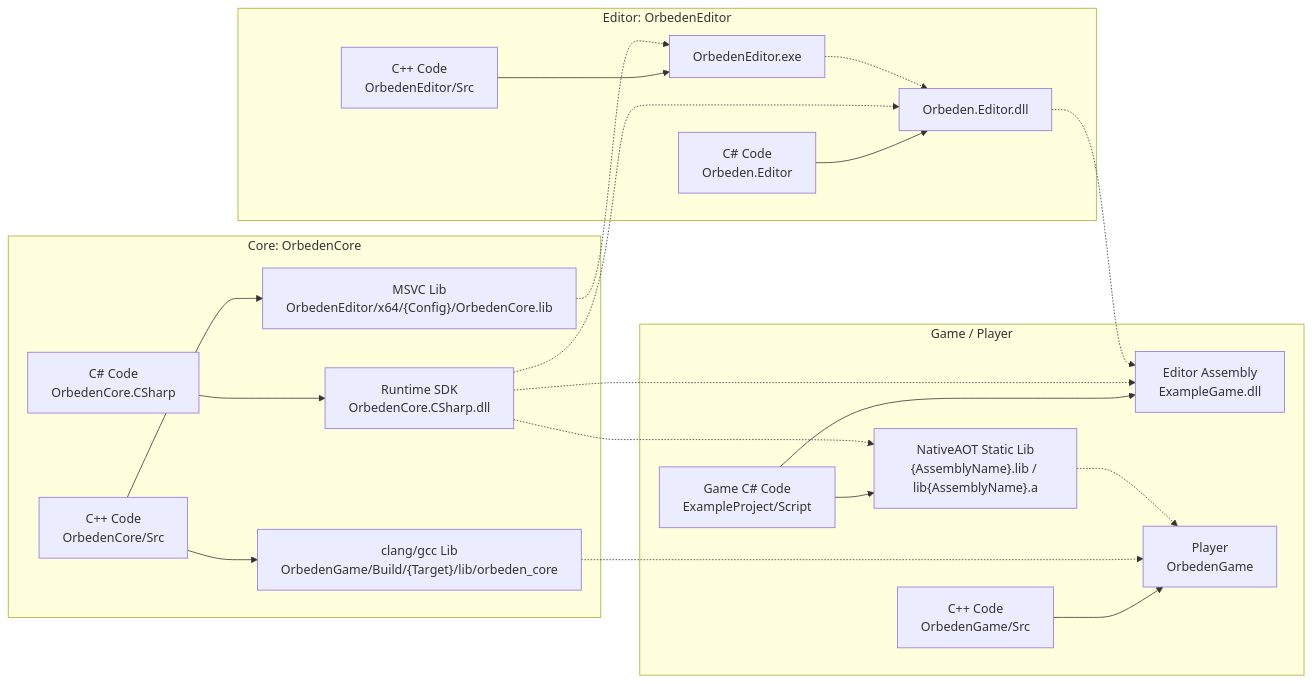
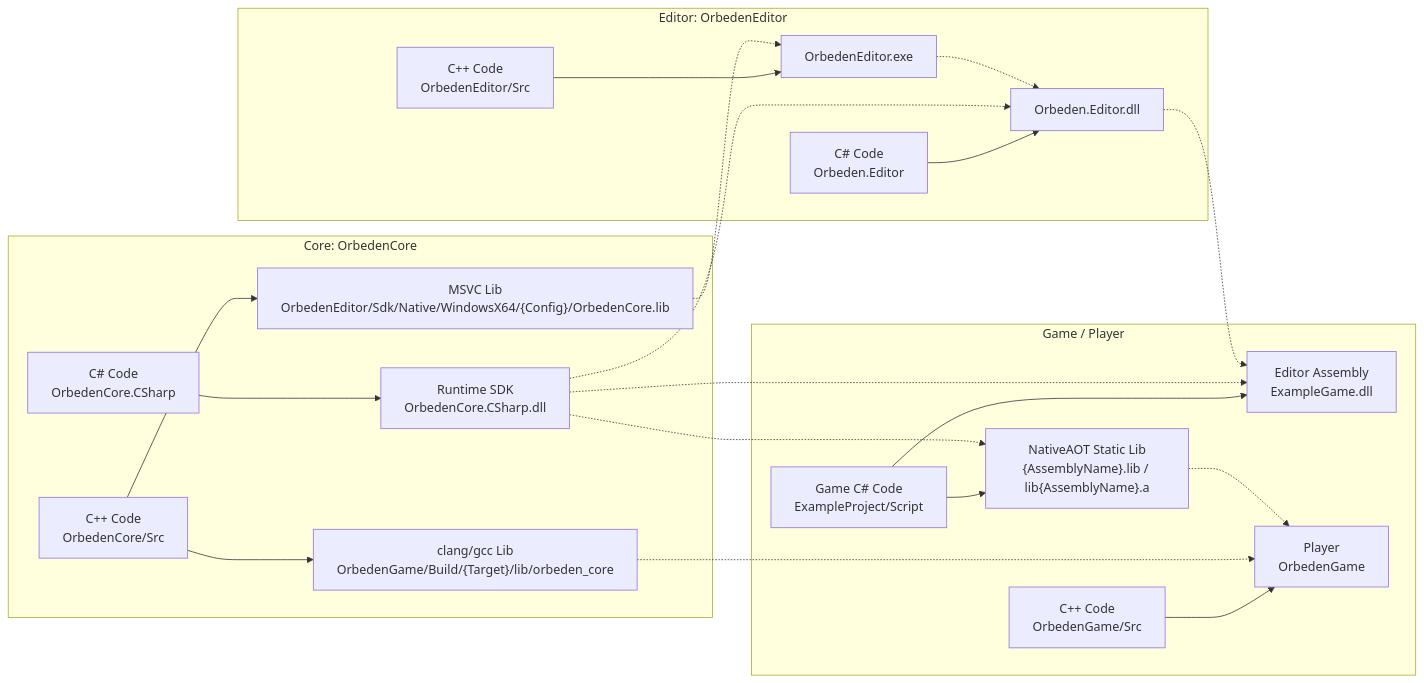
The first of 2 diagrams in Docs/BuildAndPackaging.md (REW-Z/orbeden), drawn with Mermaid before and after one commit. The commit also changed other lines of this file and 30 other files, not shown here.

````diff
--- a/Docs/BuildAndPackaging.md
+++ b/Docs/BuildAndPackaging.md
@@ -21,43 +22,43 @@
 ```mermaid
 flowchart LR
     subgraph Core["Core: OrbedenCore"]
         CoreCpp["C++ Code\nOrbedenCore/Src"]
         CoreCs["C# Code\nOrbedenCore.CSharp"]
-        CoreMsvcLib["MSVC Lib\nOrbedenEditor/x64/{Config}/OrbedenCore.lib"]
+        CoreMsvcLib["MSVC Lib\nOrbedenEditor/Sdk/Native/WindowsX64/{Config}/OrbedenCore.lib"]
         CorePlayerLib["clang/gcc Lib\nOrbedenGame/Build/{Target}/lib/orbeden_core"]
         CoreSdk["Runtime SDK\nOrbedenCore.CSharp.dll"]
     end
 
     subgraph Editor["Editor: OrbedenEditor"]
         EditorCpp["C++ Code\nOrbedenEditor/Src"]
         EditorCs["C# Code\nOrbeden.Editor"]
         EditorExe["OrbedenEditor.exe"]
         EditorDll["Orbeden.Editor.dll"]
     end
 
     subgraph Game["Game / Player"]
         GameCpp["C++ Code\nOrbedenGame/Src"]
         GameCs["Game C# Code\nExampleProject/Script"]
         GameDll["Editor Assembly\nExampleGame.dll"]
         GameAot["NativeAOT Static Lib\n{AssemblyName}.lib / lib{AssemblyName}.a"]
         GameExe["Player\nOrbedenGame"]
     end
 
     CoreCpp --> CoreMsvcLib
     CoreCpp --> CorePlayerLib
     CoreCs --> CoreSdk
     EditorCpp --> EditorExe
     EditorCs --> EditorDll
     GameCs --> GameDll
     GameCs --> GameAot
     GameCpp --> GameExe
 
     CoreMsvcLib -.-> EditorExe
     CorePlayerLib -.-> GameExe
     CoreSdk -.-> EditorDll
     CoreSdk -.-> GameDll
     CoreSdk -.-> GameAot
     EditorExe -.-> EditorDll
     EditorDll -.-> GameDll
     GameAot -.-> GameExe
 ```
````
